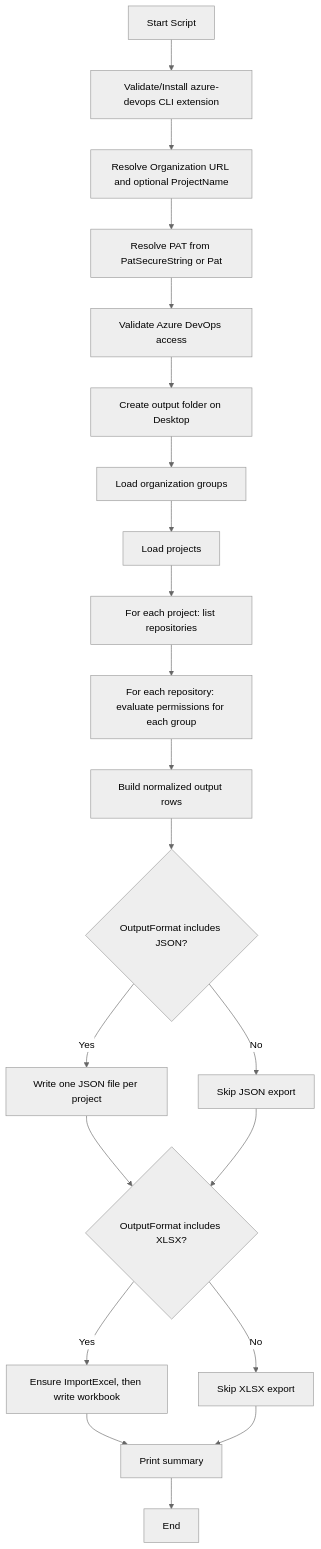
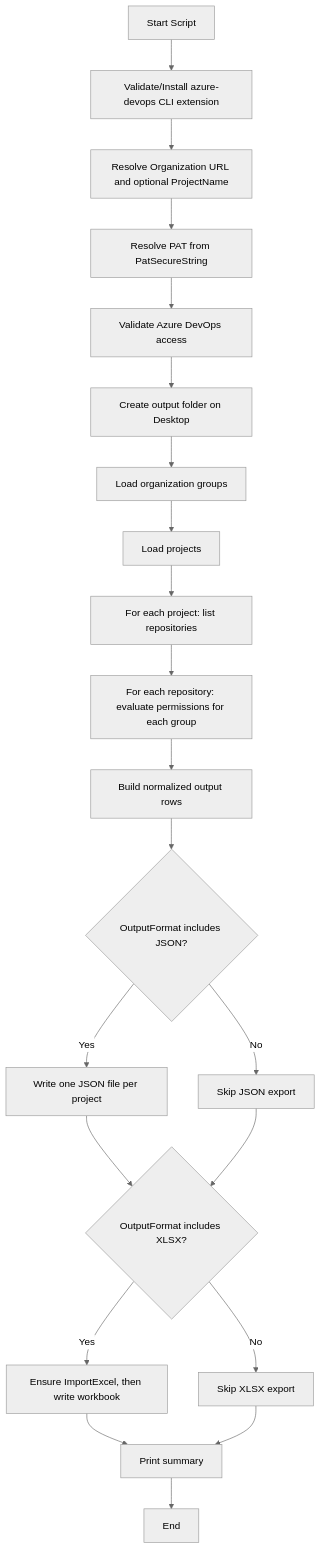
One commit to dev-advocacy/AdoPerm changed the first of 3 diagrams in implementation.md. Above: the diagram before and after it, drawn with Mermaid (neutral theme). The commit also changed other lines of this file and 10 other files, not shown here.

````diff
--- a/implementation.md
+++ b/implementation.md
@@ -25,23 +24,23 @@
 ```mermaid
 flowchart TD
     A[Start Script] --> B[Validate/Install azure-devops CLI extension]
     B --> C[Resolve Organization URL and optional ProjectName]
-    C --> D[Resolve PAT from PatSecureString or Pat]
+    C --> D[Resolve PAT from PatSecureString]
     D --> E[Validate Azure DevOps access]
     E --> F[Create output folder on Desktop]
     F --> G[Load organization groups]
     G --> H[Load projects]
     H --> I[For each project: list repositories]
     I --> J[For each repository: evaluate permissions for each group]
     J --> K[Build normalized output rows]
     K --> L{OutputFormat includes JSON?}
     L -->|Yes| M[Write one JSON file per project]
     L -->|No| N[Skip JSON export]
     M --> O{OutputFormat includes XLSX?}
     N --> O
     O -->|Yes| P[Ensure ImportExcel, then write workbook]
     O -->|No| Q[Skip XLSX export]
     P --> R[Print summary]
     Q --> R
     R --> S[End]
 ```
````
